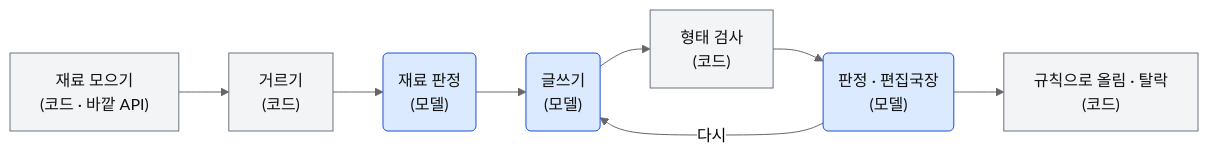
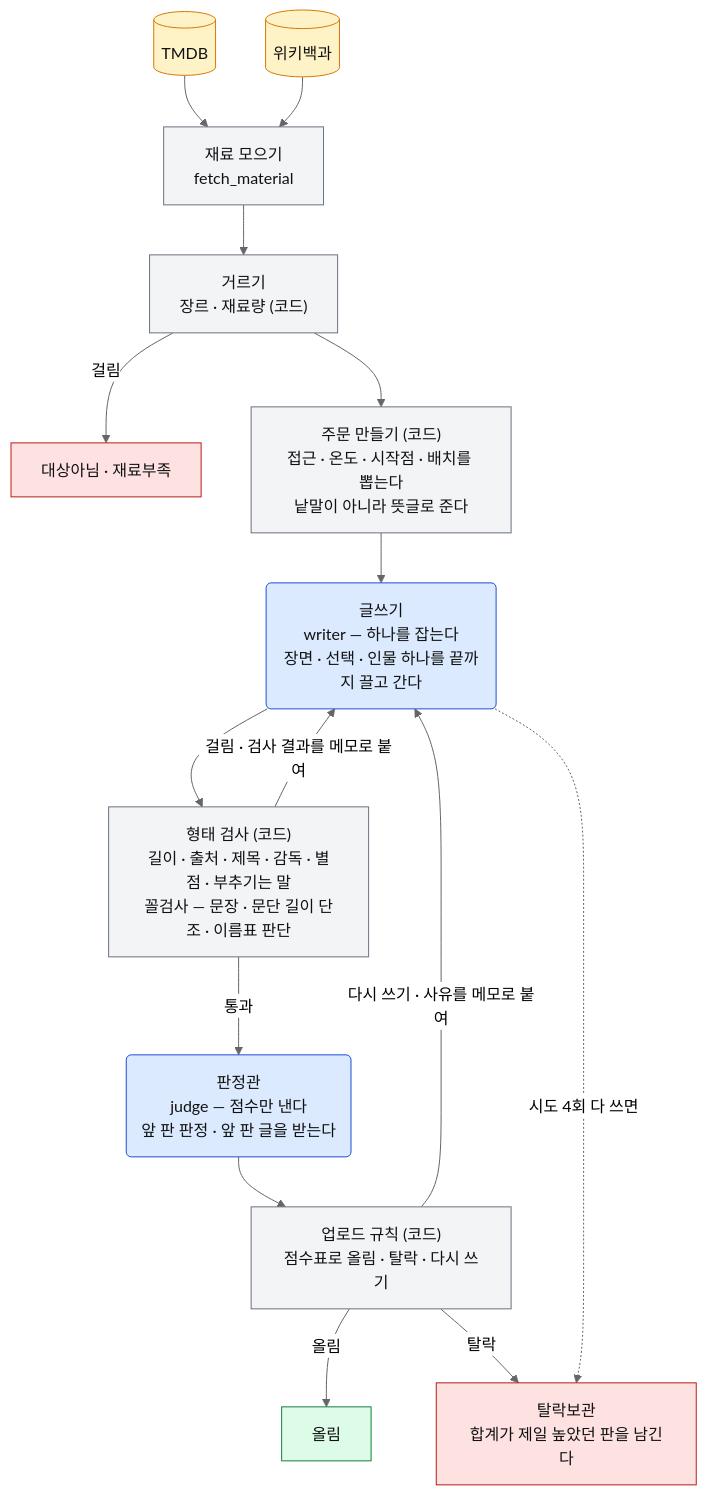
One commit to Por0ri/me-and-nu changed the fifth of 6 diagrams in agent/README.md. Above: the diagram before and after it, drawn with Mermaid (neutral theme). The commit also changed other lines of this file, not shown here.

````diff
--- a/agent/README.md
+++ b/agent/README.md
@@ -307,13 +314,26 @@
 ```mermaid
-flowchart LR
+flowchart TD
     classDef llm  fill:#dbeafe,stroke:#1d4ed8,color:#111
     classDef code fill:#f3f4f6,stroke:#6b7280,color:#111
+    classDef src  fill:#fef3c7,stroke:#d97706,color:#111
+    classDef ok   fill:#dcfce7,stroke:#15803d,color:#111
+    classDef drop fill:#fee2e2,stroke:#b91c1c,color:#111
 
-    A["재료 모으기<br/>(코드 · 바깥 API)"]:::code --> B["거르기<br/>(코드)"]:::code
-    B --> C("재료 판정<br/>(모델)"):::llm
-    C --> D("글쓰기<br/>(모델)"):::llm
-    D --> E["형태 검사<br/>(코드)"]:::code
-    E --> F("판정 · 편집국장<br/>(모델)"):::llm
-    F -->|다시| D
-    F --> G["규칙으로 올림 · 탈락<br/>(코드)"]:::code
+    TMDB[("TMDB")]:::src
+    WIKI[("위키백과")]:::src
+    TMDB --> M
+    WIKI --> M
+    M["재료 모으기<br/>fetch_material"]:::code
+    M --> G["거르기<br/>장르 · 재료량 (코드)"]:::code
+    G -->|걸림| X1["대상아님 · 재료부족"]:::drop
+    G --> O["주문 만들기 (코드)<br/>접근 · 온도 · 시작점 · 배치를 뽑는다<br/>낱말이 아니라 뜻글로 준다"]:::code
+    O --> W("글쓰기<br/>writer — 하나를 잡는다<br/>장면 · 선택 · 인물 하나를 끝까지 끌고 간다"):::llm
+    W --> SH["형태 검사 (코드)<br/>길이 · 출처 · 제목 · 감독 · 별점 · 부추기는 말<br/>꼴검사 — 문장 · 문단 길이 단조 · 이름표 판단"]:::code
+    SH -->|걸림 · 검사 결과를 메모로 붙여| W
+    SH -->|통과| J("판정관<br/>judge — 점수만 낸다<br/>앞 판 판정 · 앞 판 글을 받는다"):::llm
+    J --> V["업로드 규칙 (코드)<br/>점수표로 올림 · 탈락 · 다시 쓰기"]:::code
+    V -->|올림| OK[올림]:::ok
+    V -->|탈락| X2["탈락보관<br/>합계가 제일 높았던 판을 남긴다"]:::drop
+    V -->|다시 쓰기 · 사유를 메모로 붙여| W
+    W -.->|시도 4회 다 쓰면| X2
 ```
````
